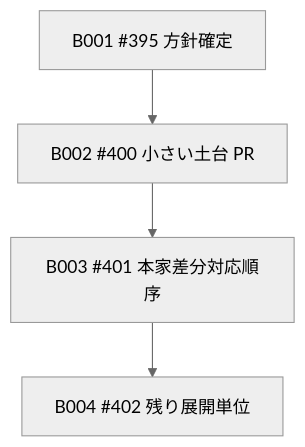
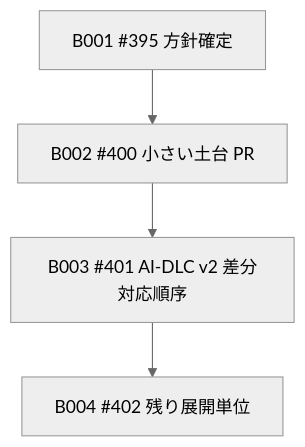
The diagram in aidlc/spaces/default/intents/260703-amadeus-skill-english-rollout-plan/inception/delivery-planning/bolt-plan.md (amadeus-dlc/amadeus), drawn with Mermaid (neutral theme) before and after one commit. The commit also changed other lines of this file and 23 other files, not shown here.

````diff
--- a/aidlc/spaces/default/intents/260703-amadeus-skill-english-rollout-plan/inception/delivery-planning/bolt-plan.md
+++ b/aidlc/spaces/default/intents/260703-amadeus-skill-english-rollout-plan/inception/delivery-planning/bolt-plan.md
@@ -24,11 +24,11 @@
 ```mermaid
 flowchart TD
   b001["B001 #395 方針確定"]
   b002["B002 #400 小さい土台 PR"]
-  b003["B003 #401 本家差分対応順序"]
+  b003["B003 #401 AI-DLC v2 差分対応順序"]
   b004["B004 #402 残り展開単位"]
 
   b001 --> b002
   b002 --> b003
   b003 --> b004
 ```
````
